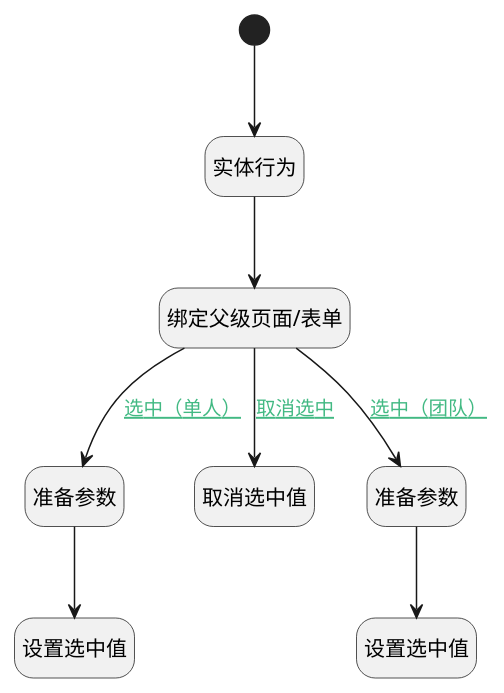
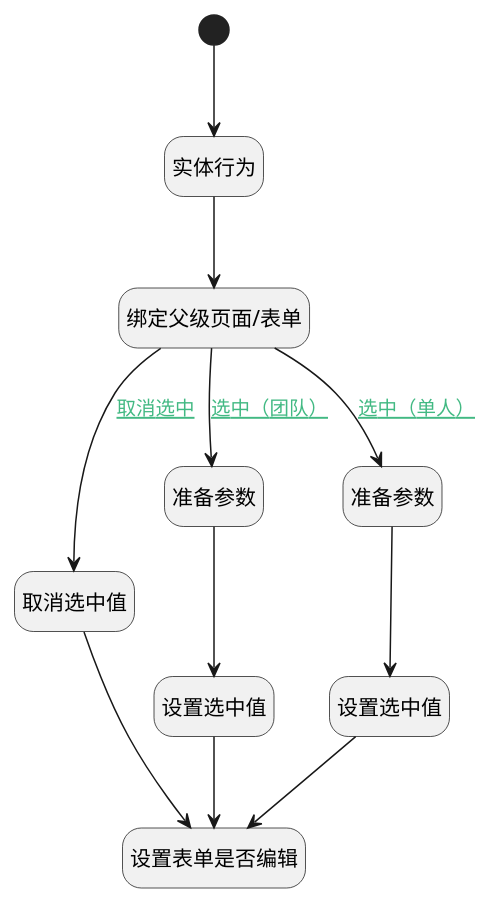
The diagram in doc/docsify/module/TestMgmt/review_stage/uilogic/choose_stage.md (iBizLab/plm), drawn with PlantUML before and after one commit. The commit also changed other lines of this file and 799 other files, not shown here.

````diff
--- a/doc/docsify/module/TestMgmt/review_stage/uilogic/choose_stage.md
+++ b/doc/docsify/module/TestMgmt/review_stage/uilogic/choose_stage.md
@@ -7,31 +7,35 @@
 ```plantuml
 @startuml
 hide footbox
 <style>
 root {
   HyperlinkColor #42b983
 }
 </style>
 
 hide empty description
 state "开始" as Begin <<start>> [[$./choose_stage#begin {开始}]]
+state "设置选中值" as RAWJSCODE1  [[$./choose_stage#rawjscode1 {设置选中值}]]
+state "取消选中值" as RAWJSCODE2  [[$./choose_stage#rawjscode2 {取消选中值}]]
+state "设置表单是否编辑" as RAWJSCODE4  [[$./choose_stage#rawjscode4 {设置表单是否编辑}]]
+state "准备参数" as PREPAREJSPARAM3  [[$./choose_stage#preparejsparam3 {准备参数}]]
+state "准备参数" as PREPAREJSPARAM2  [[$./choose_stage#preparejsparam2 {准备参数}]]
 state "设置选中值" as RAWJSCODE3  [[$./choose_stage#rawjscode3 {设置选中值}]]
-state "准备参数" as PREPAREJSPARAM2  [[$./choose_stage#preparejsparam2 {准备参数}]]
+state "实体行为" as DEACTION1  [[$./choose_stage#deaction1 {实体行为}]]
 state "绑定父级页面/表单" as PREPAREJSPARAM1  [[$./choose_stage#preparejsparam1 {绑定父级页面/表单}]]
-state "取消选中值" as RAWJSCODE2  [[$./choose_stage#rawjscode2 {取消选中值}]]
-state "设置选中值" as RAWJSCODE1  [[$./choose_stage#rawjscode1 {设置选中值}]]
-state "准备参数" as PREPAREJSPARAM3  [[$./choose_stage#preparejsparam3 {准备参数}]]
-state "实体行为" as DEACTION1  [[$./choose_stage#deaction1 {实体行为}]]
 
 
 Begin --> DEACTION1
 DEACTION1 --> PREPAREJSPARAM1
 PREPAREJSPARAM1 --> PREPAREJSPARAM2 : [[$./choose_stage#preparejsparam1-preparejsparam2{选中（单人）} 选中（单人）]]
 PREPAREJSPARAM2 --> RAWJSCODE1
+RAWJSCODE1 --> RAWJSCODE4
 PREPAREJSPARAM1 --> RAWJSCODE2 : [[$./choose_stage#preparejsparam1-rawjscode2{取消选中} 取消选中]]
+RAWJSCODE2 --> RAWJSCODE4
 PREPAREJSPARAM1 --> PREPAREJSPARAM3 : [[$./choose_stage#preparejsparam1-preparejsparam3{选中（团队）} 选中（团队）]]
 PREPAREJSPARAM3 --> RAWJSCODE3
+RAWJSCODE3 --> RAWJSCODE4
 
 
 @enduml
 ```
````
